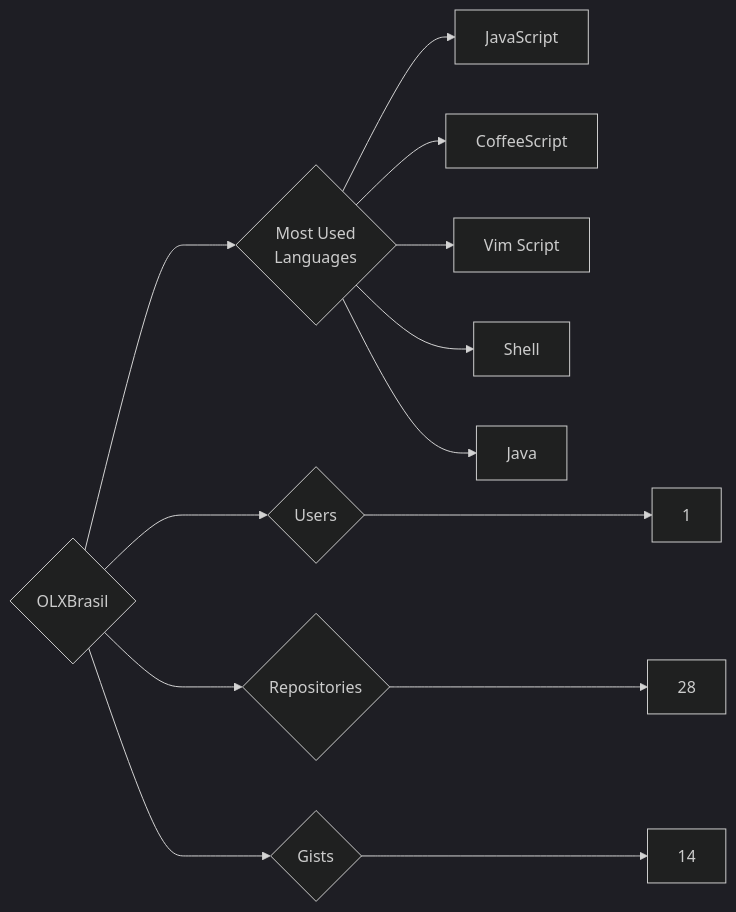
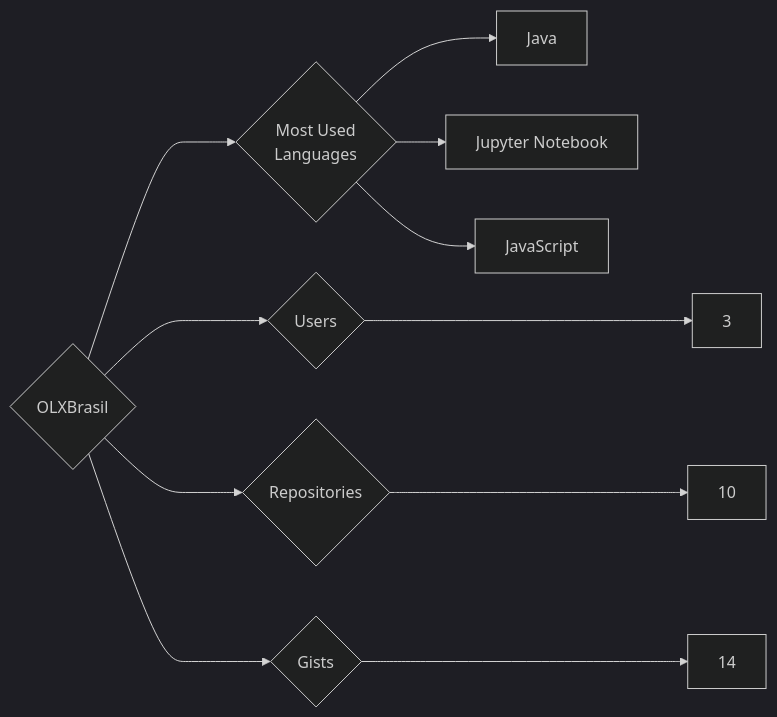
Before and after one commit to trickest/insiders: the diagram in targets/OLXBrasil/README.md, drawn with Mermaid (dark theme). The commit also changed 1696 other files, not shown here.

````diff
--- a/targets/OLXBrasil/README.md
+++ b/targets/OLXBrasil/README.md
@@ -3,13 +3,11 @@
 ```mermaid
 graph LR
 COMPANY_NAME{OLXBrasil}
-COMPANY_NAME ---> U{Users} ---> UN[1]
-COMPANY_NAME ---> R{Repositories} ---> RN[28]
+COMPANY_NAME ---> U{Users} ---> UN[3]
+COMPANY_NAME ---> R{Repositories} ---> RN[10]
 COMPANY_NAME ---> G{Gists} ---> GN[14]
 COMPANY_NAME ---> ML{Most Used<br>Languages}
+ML --> Java[Java]
+ML --> Jupyter_Notebook[Jupyter Notebook]
 ML --> JavaScript[JavaScript]
-ML --> CoffeeScript[CoffeeScript]
-ML --> Vim_Script[Vim Script]
-ML --> Shell[Shell]
-ML --> Java[Java]
 ```
````
